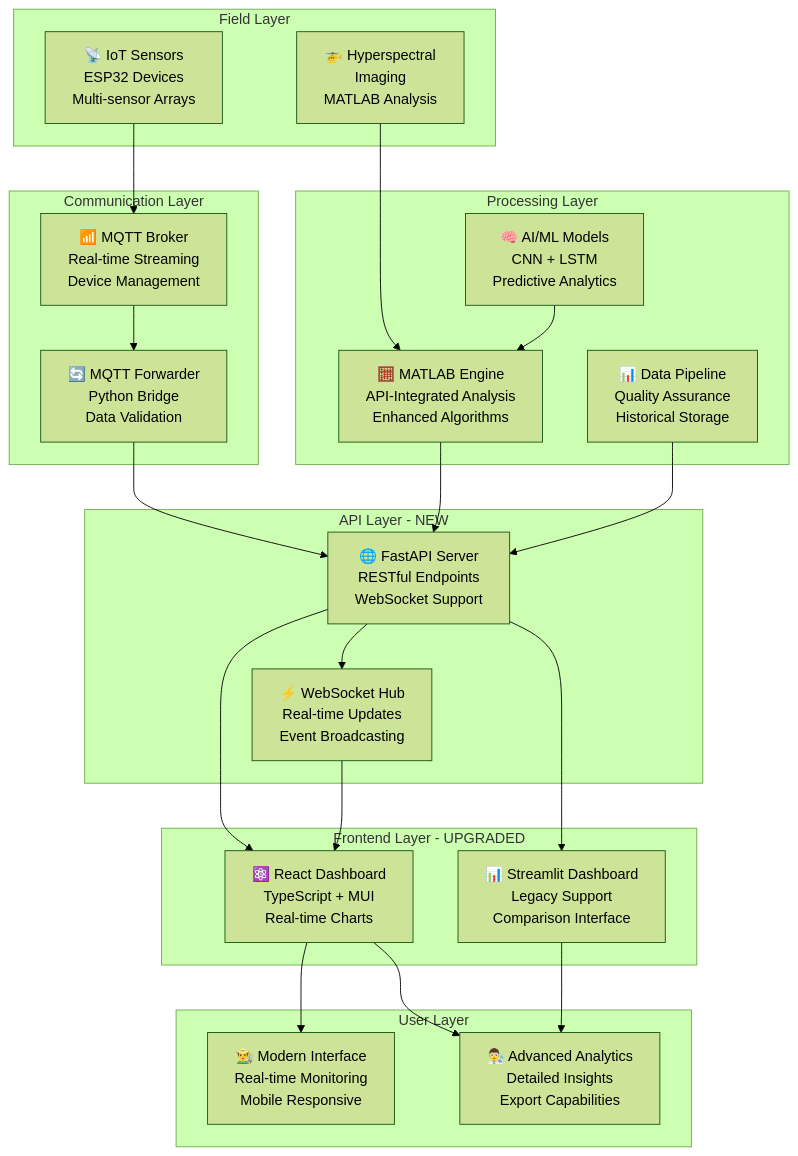
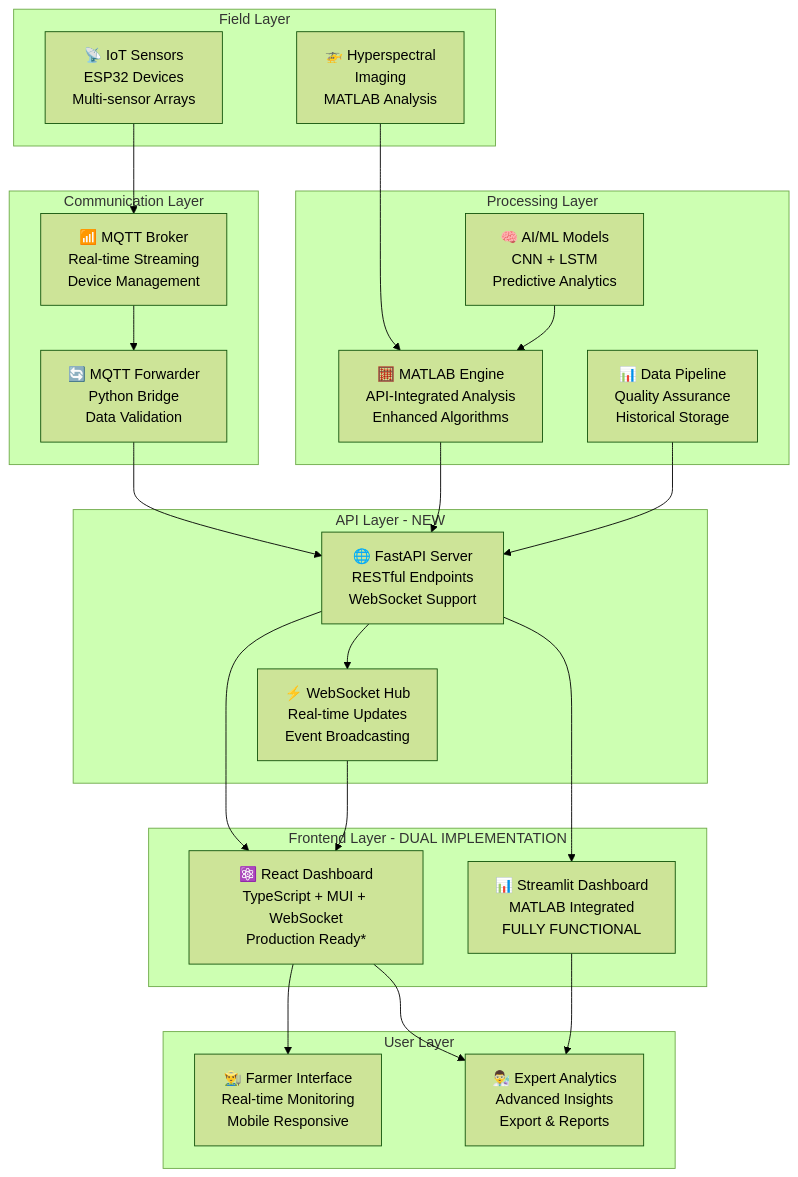
One commit to arnav4018/SIH-2025 changed the first of 3 diagrams in README.md. Above: the diagram before and after it, drawn with Mermaid (forest theme). The commit also changed other lines of this file, not shown here.

First line of the commit message:
docs: Update main README with comprehensive workflow and accurate implementation details

````diff
--- a/README.md
+++ b/README.md
@@ -76,48 +76,48 @@
 ```mermaid
 graph TB
     subgraph "Field Layer"
         IoT[📡 IoT Sensors<br/>ESP32 Devices<br/>Multi-sensor Arrays]
         Drone[🚁 Hyperspectral<br/>Imaging<br/>MATLAB Analysis]
     end
     
     subgraph "Communication Layer"
         MQTT[📶 MQTT Broker<br/>Real-time Streaming<br/>Device Management]
         Forwarder[🔄 MQTT Forwarder<br/>Python Bridge<br/>Data Validation]
     end
     
     subgraph "API Layer - NEW"
         API[🌐 FastAPI Server<br/>RESTful Endpoints<br/>WebSocket Support]
         WS[⚡ WebSocket Hub<br/>Real-time Updates<br/>Event Broadcasting]
     end
     
     subgraph "Processing Layer"
         MATLAB[🧮 MATLAB Engine<br/>API-Integrated Analysis<br/>Enhanced Algorithms]
         AI[🧠 AI/ML Models<br/>CNN + LSTM<br/>Predictive Analytics]
         Data[📊 Data Pipeline<br/>Quality Assurance<br/>Historical Storage]
     end
     
-    subgraph "Frontend Layer - UPGRADED"
-        React[⚛️ React Dashboard<br/>TypeScript + MUI<br/>Real-time Charts]
-        Streamlit[📊 Streamlit Dashboard<br/>Legacy Support<br/>Comparison Interface]
+    subgraph "Frontend Layer - DUAL IMPLEMENTATION"
+        React[⚛️ React Dashboard<br/>TypeScript + MUI + WebSocket<br/>Production Ready*]
+        Streamlit[📊 Streamlit Dashboard<br/>MATLAB Integrated<br/>FULLY FUNCTIONAL]
     end
     
     subgraph "User Layer"
-        Farmer[👨‍🌾 Modern Interface<br/>Real-time Monitoring<br/>Mobile Responsive]
-        Expert[👨‍🔬 Advanced Analytics<br/>Detailed Insights<br/>Export Capabilities]
+        Farmer[👨‍🌾 Farmer Interface<br/>Real-time Monitoring<br/>Mobile Responsive]
+        Expert[👨‍🔬 Expert Analytics<br/>Advanced Insights<br/>Export & Reports]
     end
     
     IoT --> MQTT
     Drone --> MATLAB
     MQTT --> Forwarder
     Forwarder --> API
     API --> WS
     MATLAB --> API
     AI --> MATLAB
     Data --> API
     API --> React
     WS --> React
     API --> Streamlit
     React --> Farmer
     React --> Expert
     Streamlit --> Expert
 ```
````
